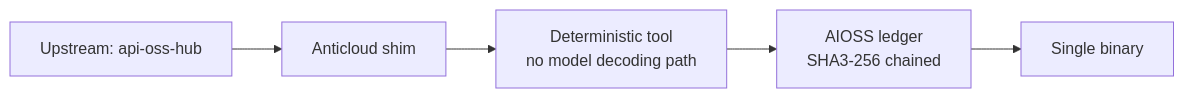
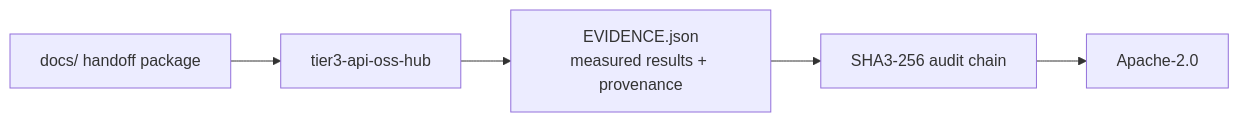
Before and after one commit to the-anticloud/tier3-api-oss-hub: the diagram in README.md, drawn with Mermaid. The commit also changed other lines of this file and 10 other files, not shown here.

````diff
--- a/README.md
+++ b/README.md
@@ -11,7 +22,7 @@
 ```mermaid
 graph LR
-    U[Upstream: api-oss-hub] --> S[Anticloud shim]
-    S --> T[Deterministic tool<br/>no model decoding path]
-    T --> A[AIOSS ledger<br/>SHA3-256 chained]
-    A --> B[Single binary]
+    D[docs/ handoff package] --> R[tier3-api-oss-hub]
+    R --> E[EVIDENCE.json\nmeasured results + provenance]
+    E --> A[SHA3-256 audit chain]
+    A --> L[Apache-2.0]
 ```
````
